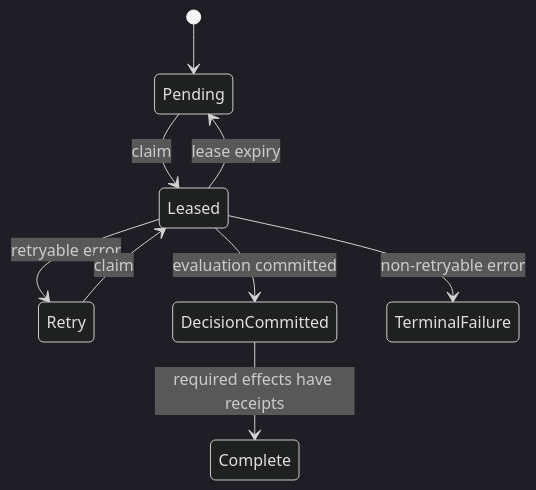
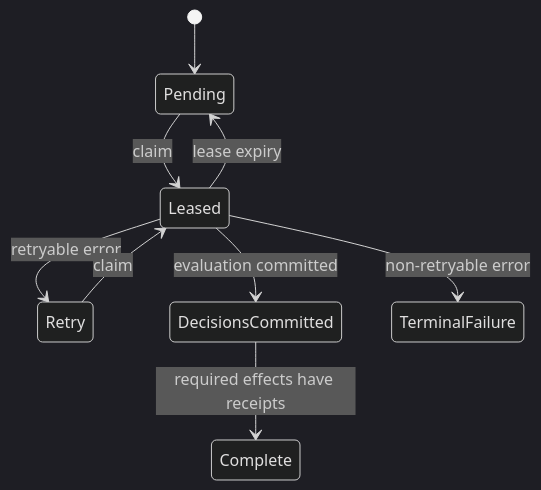
Before and after one commit to TraceCommons/trace-commons: the second of 2 diagrams in docs/redesign/proposal.md, drawn with Mermaid (dark theme). The commit also changed other lines of this file, not shown here.

Commit message:
Separate classifier and action decisions

````diff
--- a/docs/redesign/proposal.md
+++ b/docs/redesign/proposal.md
@@ -704,11 +834,11 @@
 ```mermaid
 stateDiagram-v2
     [*] --> Pending
     Pending --> Leased: claim
     Leased --> Pending: lease expiry
     Leased --> Retry: retryable error
     Retry --> Leased: claim
-    Leased --> DecisionCommitted: evaluation committed
+    Leased --> DecisionsCommitted: evaluation committed
     Leased --> TerminalFailure: non-retryable error
-    DecisionCommitted --> Complete: required effects have receipts
+    DecisionsCommitted --> Complete: required effects have receipts
 ```
````
